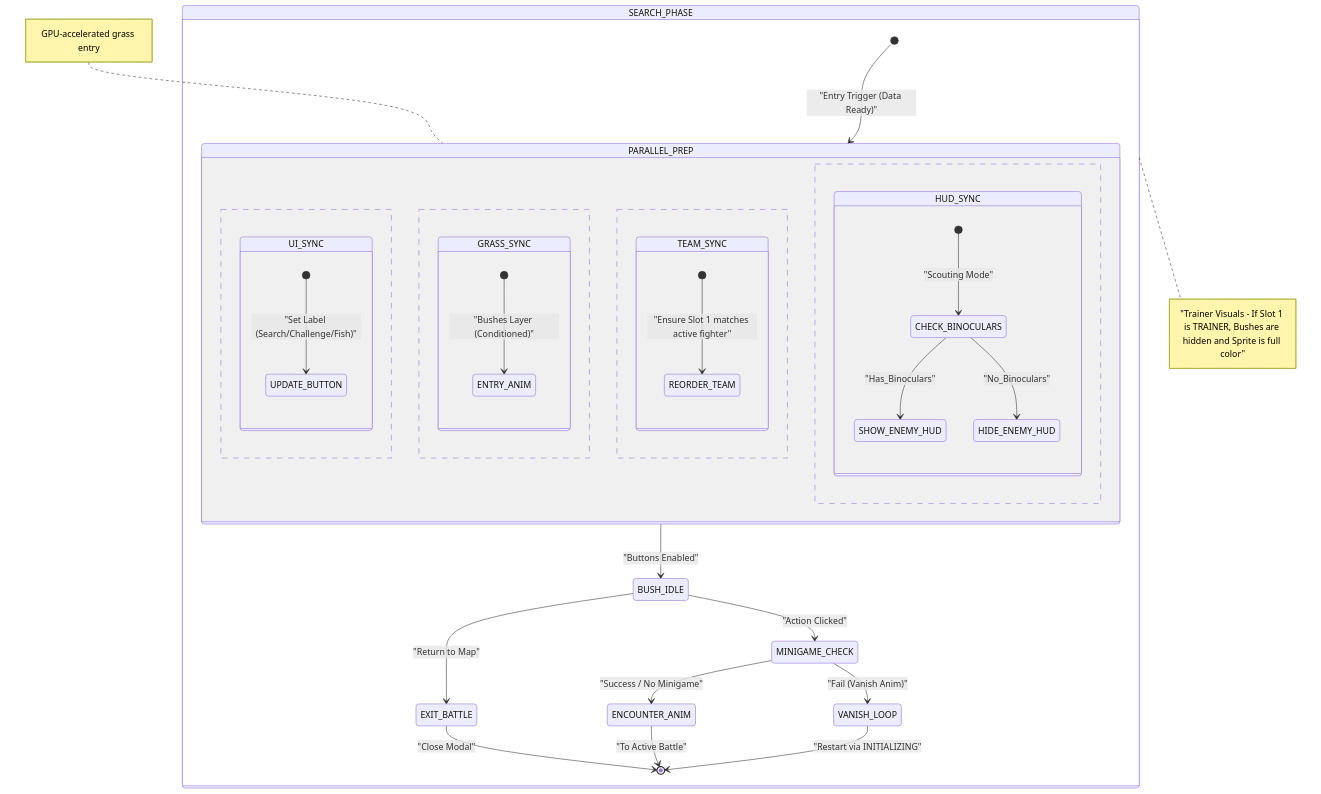
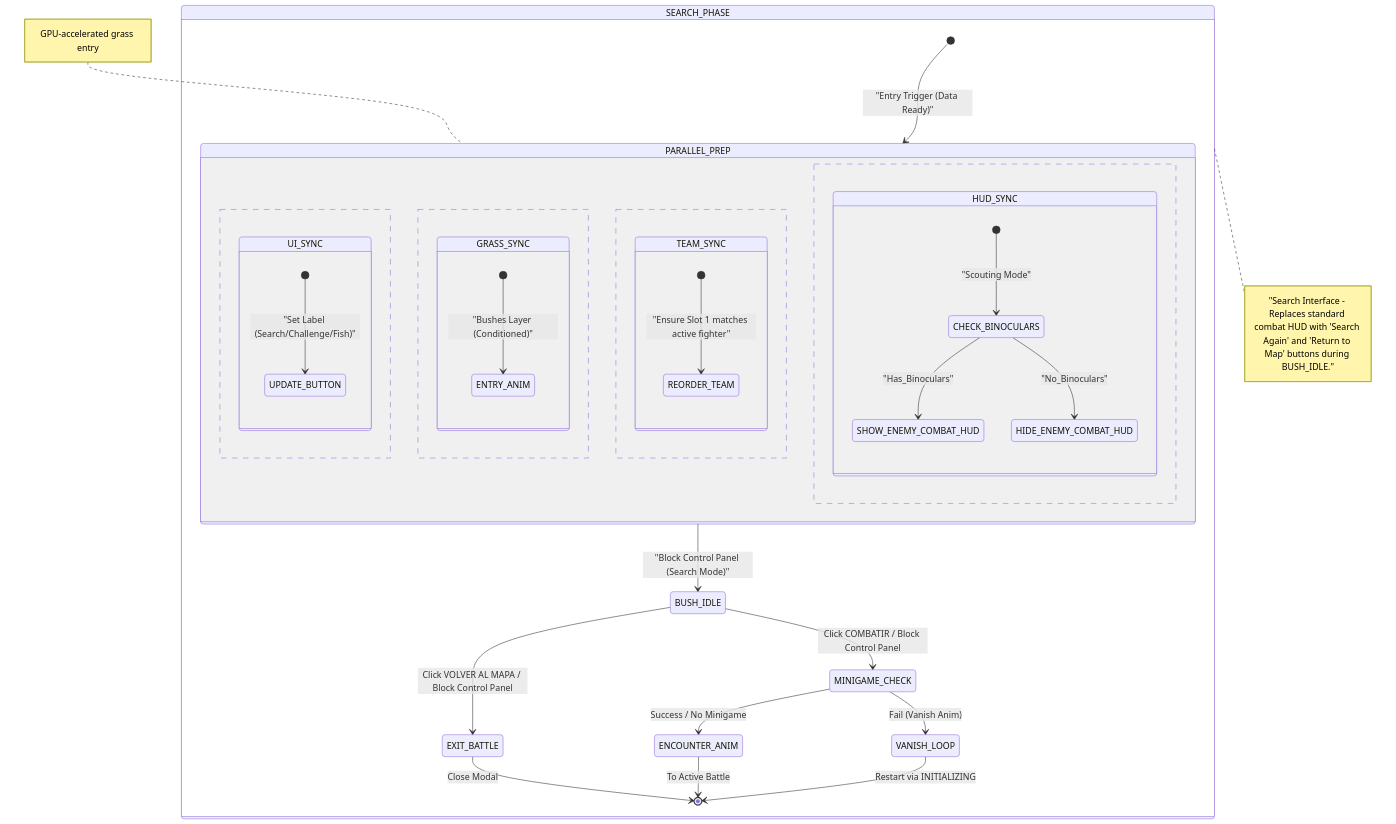
One commit to Darkham77/PokeBorrador changed diagram 11 of 18 in .agents/skills/project-standards/references/battle/battle_mechanics_manual.md. Above: the diagram before and after it, drawn with Mermaid. The commit also changed other lines of this file and 43 other files, not shown here.

First line of the commit message:
feat: stabilize battle initialization, search loop logic and faint animations

````diff
--- a/.agents/skills/project-standards/references/battle/battle_mechanics_manual.md
+++ b/.agents/skills/project-standards/references/battle/battle_mechanics_manual.md
@@ -597,45 +633,45 @@
 ```mermaid
 stateDiagram-v2
     state SEARCH_PHASE {
         [*] --> PARALLEL_PREP: "Entry Trigger (Data Ready)"
         
         state PARALLEL_PREP {
             state UI_SYNC {
                 [*] --> UPDATE_BUTTON: "Set Label (Search/Challenge/Fish)"
             }
             --
             state GRASS_SYNC {
                 [*] --> ENTRY_ANIM: "Bushes Layer (Conditioned)"
             }
             --
             state TEAM_SYNC {
                 [*] --> REORDER_TEAM: "Ensure Slot 1 matches active fighter"
             }
             --
             state HUD_SYNC {
                 [*] --> CHECK_BINOCULARS: "Scouting Mode"
                 state CHECK_BINOCULARS <<choice>>
-                CHECK_BINOCULARS --> SHOW_ENEMY_HUD: "Has_Binoculars"
-                CHECK_BINOCULARS --> HIDE_ENEMY_HUD: "No_Binoculars"
+                CHECK_BINOCULARS --> SHOW_ENEMY_COMBAT_HUD : "Has_Binoculars"
+                CHECK_BINOCULARS --> HIDE_ENEMY_COMBAT_HUD : "No_Binoculars"
             }
         }
         
-        PARALLEL_PREP --> BUSH_IDLE: "Buttons Enabled"
+        PARALLEL_PREP --> BUSH_IDLE : "Block Control Panel (Search Mode)"
         
-        BUSH_IDLE --> MINIGAME_CHECK: "Action Clicked"
-        BUSH_IDLE --> EXIT_BATTLE: "Return to Map"
+        BUSH_IDLE --> MINIGAME_CHECK : Click COMBATIR / Block Control Panel
+        BUSH_IDLE --> EXIT_BATTLE : Click VOLVER AL MAPA / Block Control Panel
         
         state MINIGAME_CHECK <<choice>>
-        MINIGAME_CHECK --> ENCOUNTER_ANIM: "Success / No Minigame"
-        MINIGAME_CHECK --> VANISH_LOOP: "Fail (Vanish Anim)"
+        MINIGAME_CHECK --> ENCOUNTER_ANIM : Success / No Minigame
+        MINIGAME_CHECK --> VANISH_LOOP : Fail (Vanish Anim)
         
-        VANISH_LOOP --> [*]: "Restart via INITIALIZING"
+        VANISH_LOOP --> [*] : Restart via INITIALIZING
         
-        ENCOUNTER_ANIM --> [*]: "To Active Battle"
-        EXIT_BATTLE --> [*]: "Close Modal"
+        ENCOUNTER_ANIM --> [*] : To Active Battle
+        EXIT_BATTLE --> [*] : Close Modal
     }
     
-    note right of SEARCH_PHASE : "Trainer Visuals - If Slot 1 is TRAINER, Bushes are hidden and Sprite is full color"
+    note right of SEARCH_PHASE : "Search Interface - Replaces standard combat HUD with 'Search Again' and 'Return to Map' buttons during BUSH_IDLE."
     
     note left of PARALLEL_PREP: GPU-accelerated grass entry
 ```
````
